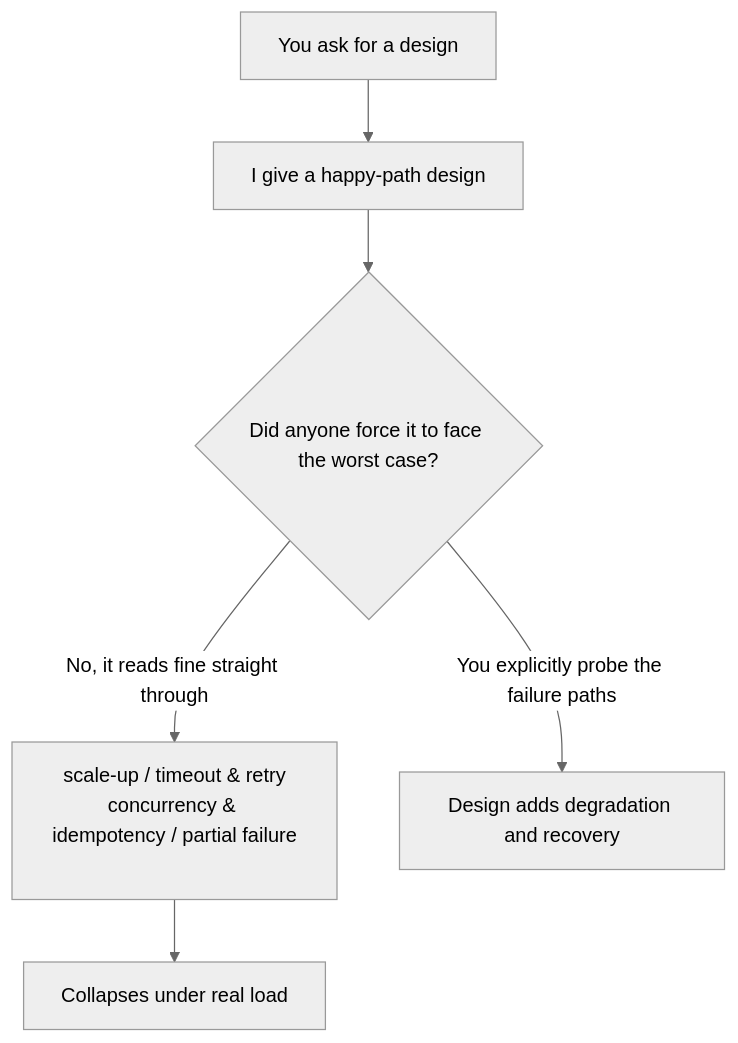
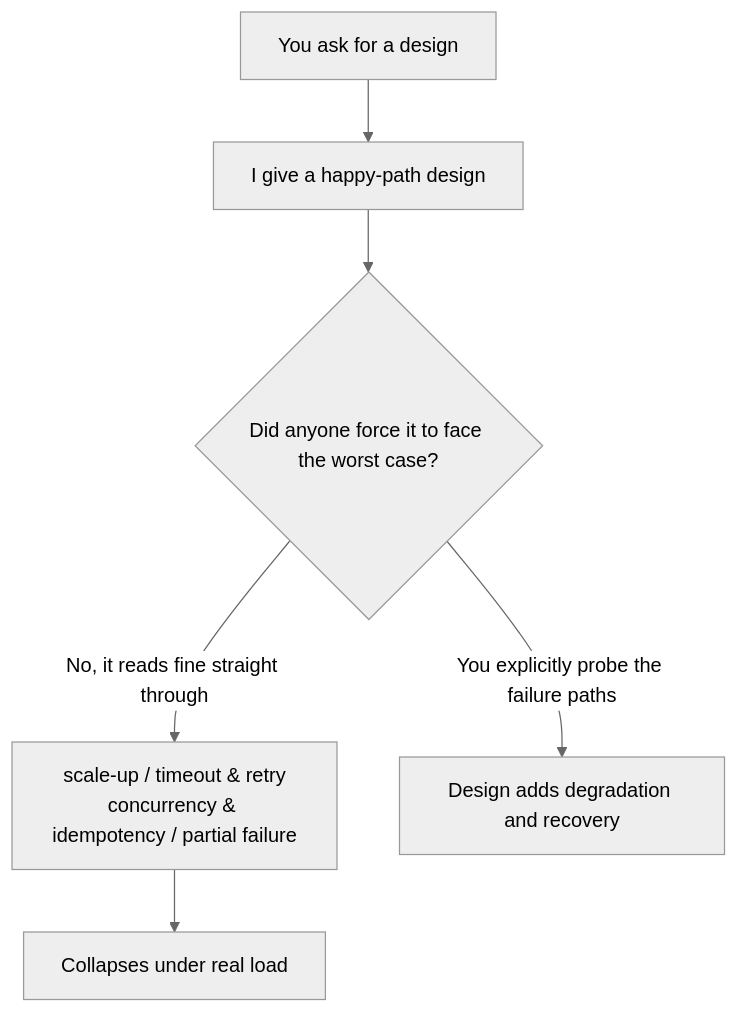
Before and after one commit to XuebinMa/AIWiki: the diagram in i18n/en/docusaurus-plugin-content-docs/current/04-detailed-design/plausible-but-brittle-design.mdx, drawn with Mermaid (neutral theme). The commit also changed 99 other files, not shown here.

First line of the commit message:
fix(mermaid): 全局根治节点文字裁切（htmlLabels:false + 清理 br/nbsp 占位）(#26)

````diff
--- a/i18n/en/docusaurus-plugin-content-docs/current/04-detailed-design/plausible-but-brittle-design.mdx
+++ b/i18n/en/docusaurus-plugin-content-docs/current/04-detailed-design/plausible-but-brittle-design.mdx
@@ -38,8 +38,8 @@
 ```mermaid
 flowchart TD
     A[You ask for a design] --> B[I give a happy-path design]
     B --> C{Did anyone force it to face the worst case?}
-    C -->|No, it reads fine straight through| D["scale-up / timeout & retry<br/>concurrency & idempotency / partial failure<br/>&nbsp;"]
+    C -->|No, it reads fine straight through| D["scale-up / timeout & retry<br/>concurrency & idempotency / partial failure"]
     C -->|You explicitly probe the failure paths| E[Design adds degradation and recovery]
     D --> F[Collapses under real load]
 ```
````
